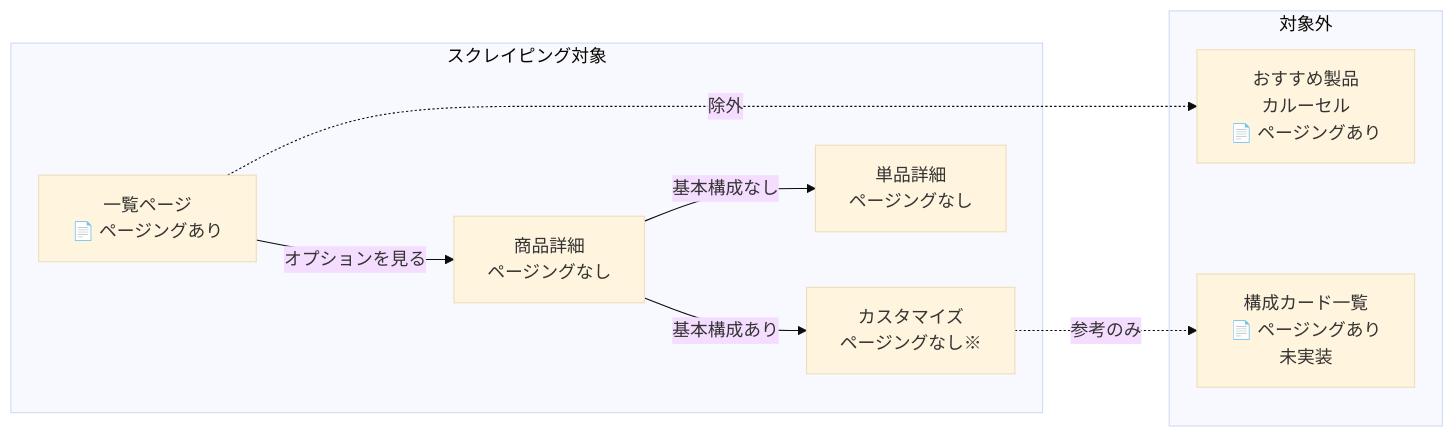
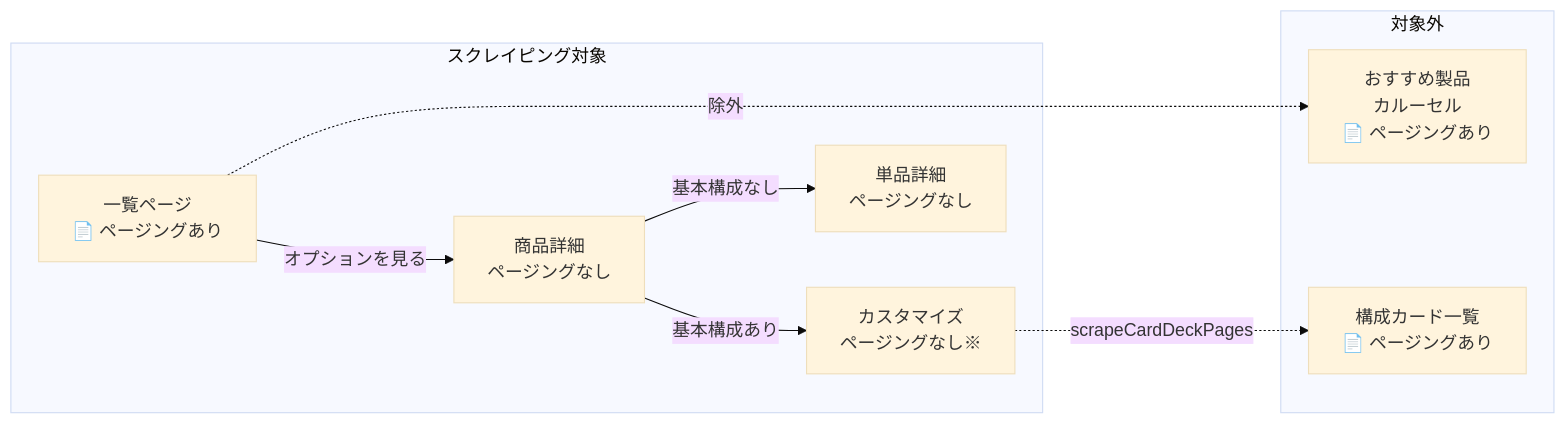
Before and after one commit to kazuihitoshi/pcscraping_playwrite: the second of 11 diagrams in SITE.md, drawn with Mermaid (base theme). The commit also changed other lines of this file and 10 other files, not shown here.

````diff
--- a/SITE.md
+++ b/SITE.md
@@ -62,20 +62,20 @@
 ```mermaid
 flowchart LR
   subgraph scraped [スクレイピング対象]
     listPage["一覧ページ<br/>📄 ページングあり"]
     detailPage["商品詳細<br/>ページングなし"]
     customizePage["カスタマイズ<br/>ページングなし※"]
     singlePage["単品詳細<br/>ページングなし"]
   end
 
   subgraph excluded [対象外]
     carousel["おすすめ製品<br/>カルーセル<br/>📄 ページングあり"]
-    cardDeck["構成カード一覧<br/>📄 ページングあり<br/>未実装"]
+    cardDeck["構成カード一覧<br/>📄 ページングあり"]
   end
 
   listPage -->|"オプションを見る"| detailPage
   detailPage -->|"基本構成あり"| customizePage
   detailPage -->|"基本構成なし"| singlePage
   listPage -.->|"除外"| carousel
-  customizePage -.->|"参考のみ"| cardDeck
+  customizePage -.->|"scrapeCardDeckPages"| cardDeck
 ```
````
